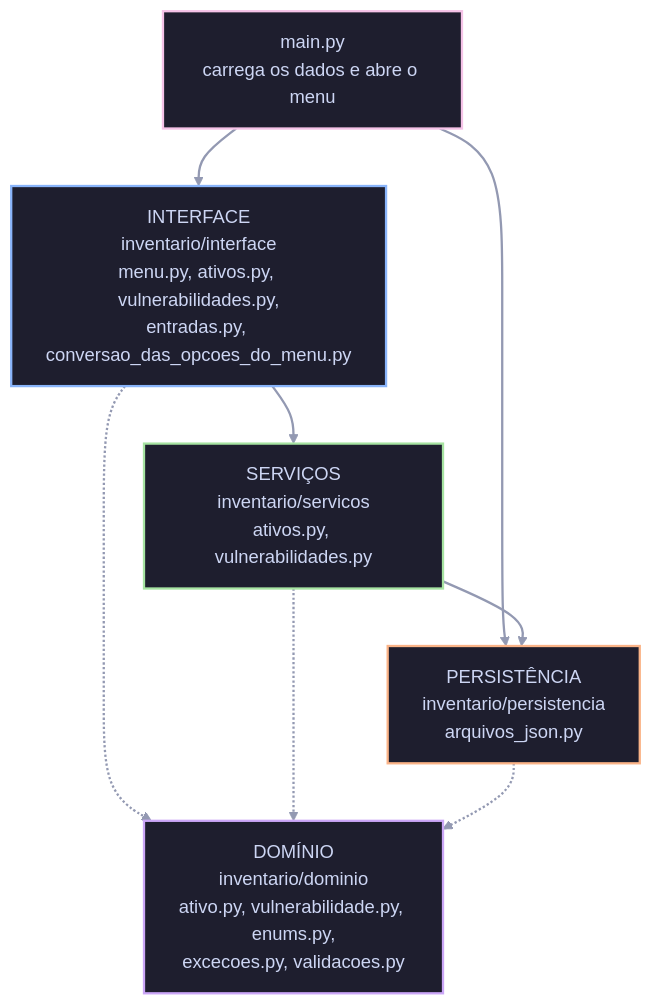
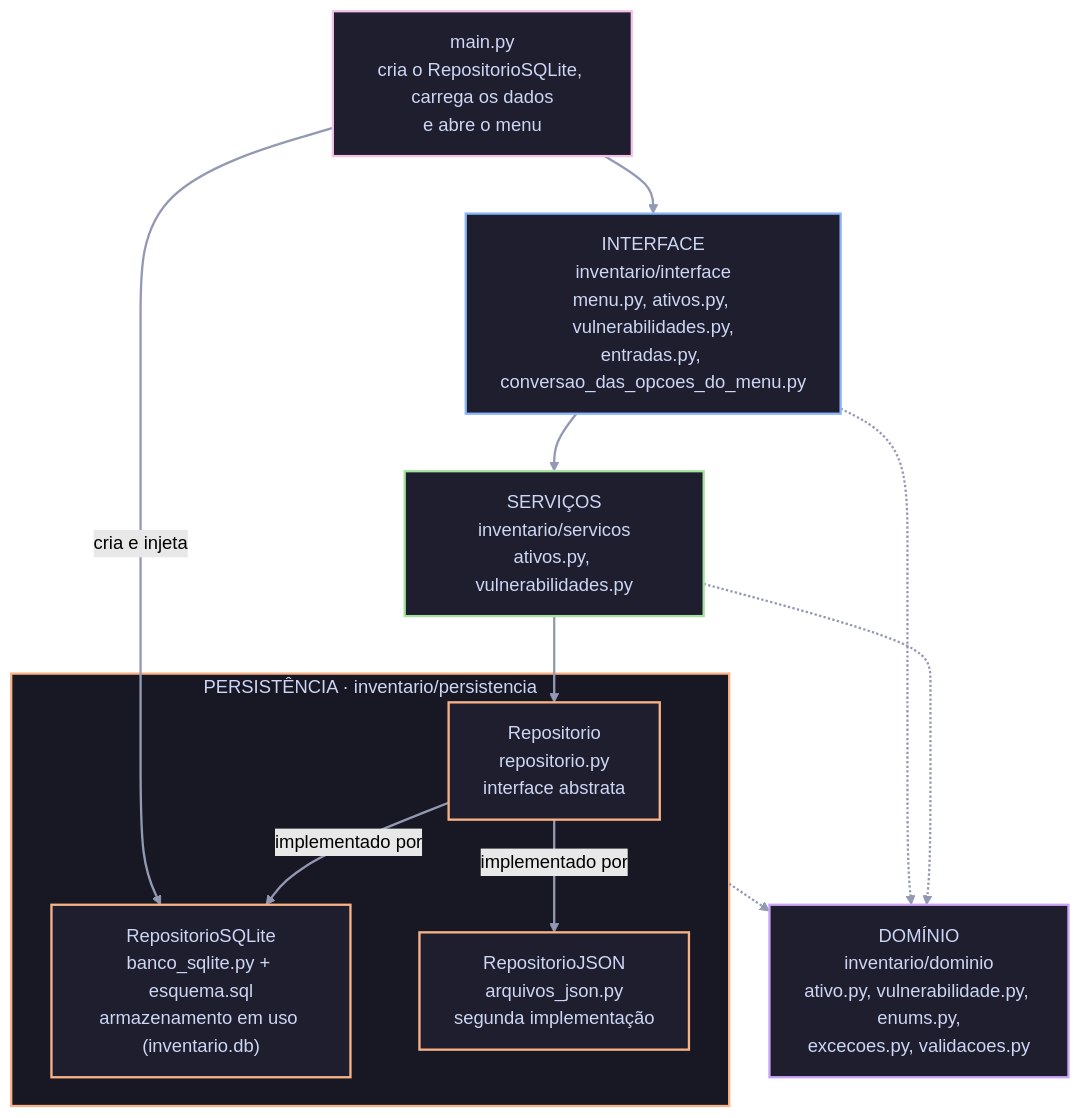
The diagram in docs/README.pt-br.md (cadulugaresi/trab02_2026_2_12621cbs211), drawn with Mermaid (forest theme) before and after one commit. The commit also changed other lines of this file and 1 other file, not shown here.

Commit message:
docs: atualiza os READMEs com o repositório SQLite e a suíte de contrato

````diff
--- a/docs/README.pt-br.md
+++ b/docs/README.pt-br.md
@@ -56,30 +58,37 @@
 ```mermaid
 flowchart TD
-    main["main.py<br/>carrega os dados e abre o menu"]
+    main["main.py<br/>cria o RepositorioSQLite, carrega os dados<br/>e abre o menu"]
     interface["INTERFACE<br/>inventario/interface<br/>menu.py, ativos.py, vulnerabilidades.py,<br/>entradas.py, conversao_das_opcoes_do_menu.py"]
     servicos["SERVIÇOS<br/>inventario/servicos<br/>ativos.py, vulnerabilidades.py"]
-    persistencia["PERSISTÊNCIA<br/>inventario/persistencia<br/>arquivos_json.py"]
+    subgraph persistencia["PERSISTÊNCIA · inventario/persistencia"]
+        repositorio["Repositorio<br/>repositorio.py<br/>interface abstrata"]
+        repositorioSQLite["RepositorioSQLite<br/>banco_sqlite.py + esquema.sql<br/>armazenamento em uso (inventario.db)"]
+        repositorioJSON["RepositorioJSON<br/>arquivos_json.py<br/>segunda implementação"]
+    end
     dominio["DOMÍNIO<br/>inventario/dominio<br/>ativo.py, vulnerabilidade.py, enums.py,<br/>excecoes.py, validacoes.py"]
 
     main --> interface
-    main --> persistencia
+    main -->|cria e injeta| repositorioSQLite
     interface --> servicos
-    servicos --> persistencia
+    servicos --> repositorio
+    repositorio -->|implementado por| repositorioSQLite
+    repositorio -->|implementado por| repositorioJSON
     interface -.-> dominio
     servicos -.-> dominio
     persistencia -.-> dominio
 
     classDef corMain fill:#1e1e2e,stroke:#f5c2e7,stroke-width:2px,color:#cdd6f4
     classDef corInterface fill:#1e1e2e,stroke:#89b4fa,stroke-width:2px,color:#cdd6f4
     classDef corServicos fill:#1e1e2e,stroke:#a6e3a1,stroke-width:2px,color:#cdd6f4
     classDef corPersistencia fill:#1e1e2e,stroke:#fab387,stroke-width:2px,color:#cdd6f4
     classDef corDominio fill:#1e1e2e,stroke:#cba6f7,stroke-width:2px,color:#cdd6f4
 
     class main corMain
     class interface corInterface
     class servicos corServicos
-    class persistencia corPersistencia
+    class repositorio,repositorioSQLite,repositorioJSON corPersistencia
     class dominio corDominio
+    style persistencia fill:#181825,stroke:#fab387,stroke-width:2px,color:#cdd6f4
 
     linkStyle default stroke:#9399b2,stroke-width:2px
 ```
````
